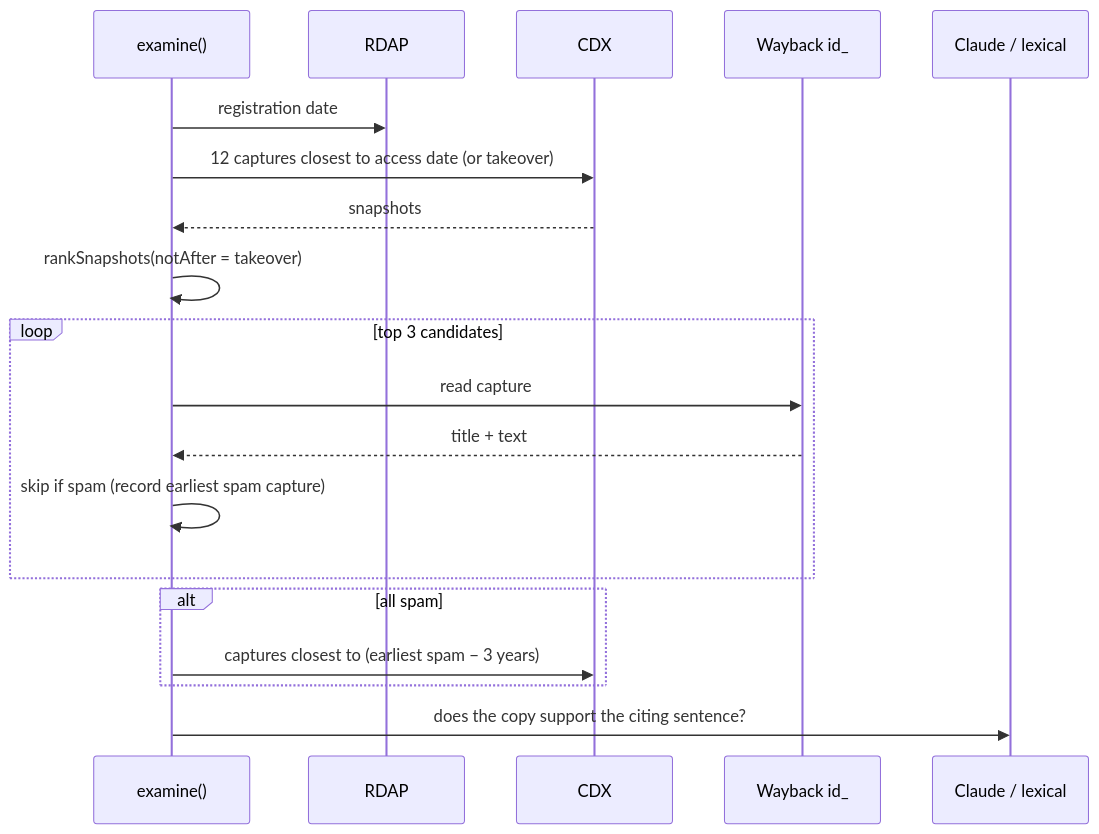
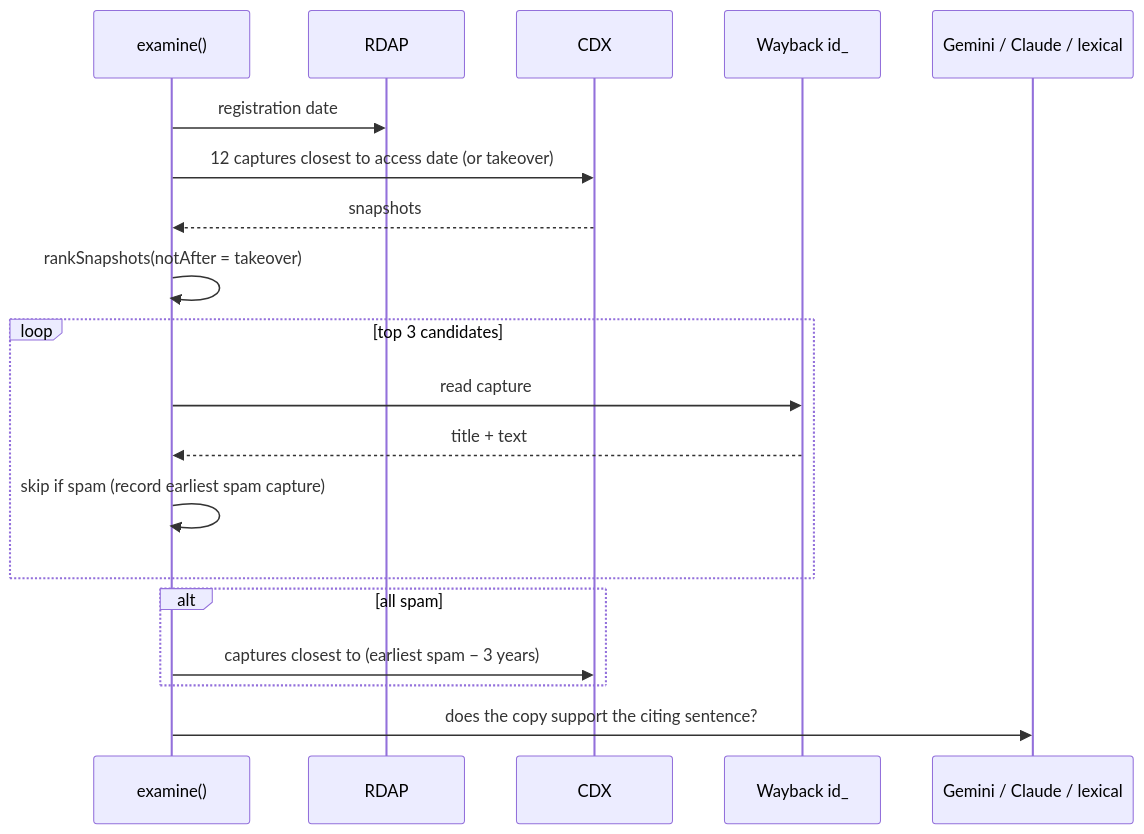
The diagram in .kiro/specs/resurrection-engine/design.md (ZNLong2203/revenant), drawn with Mermaid before and after one commit. The commit also changed other lines of this file and 18 other files, not shown here.

First line of the commit message:
feat(claim): check citations with Gemini by default, Claude optional

````diff
--- a/.kiro/specs/resurrection-engine/design.md
+++ b/.kiro/specs/resurrection-engine/design.md
@@ -7,21 +7,21 @@
 ```mermaid
 sequenceDiagram
   participant E as examine()
   participant R as RDAP
   participant C as CDX
   participant W as Wayback id_
-  participant L as Claude / lexical
+  participant L as Gemini / Claude / lexical
   E->>R: registration date
   E->>C: 12 captures closest to access date (or takeover)
   C-->>E: snapshots
   E->>E: rankSnapshots(notAfter = takeover)
   loop top 3 candidates
     E->>W: read capture
     W-->>E: title + text
     E->>E: skip if spam (record earliest spam capture)
   end
   alt all spam
     E->>C: captures closest to (earliest spam − 3 years)
   end
   E->>L: does the copy support the citing sentence?
 ```
````
